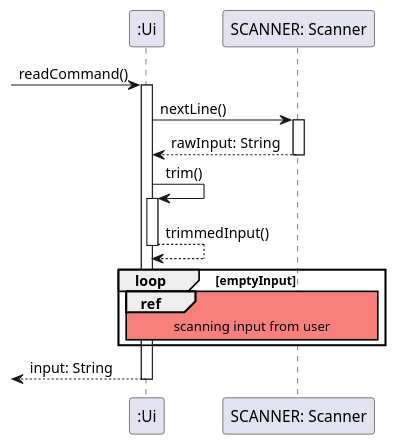
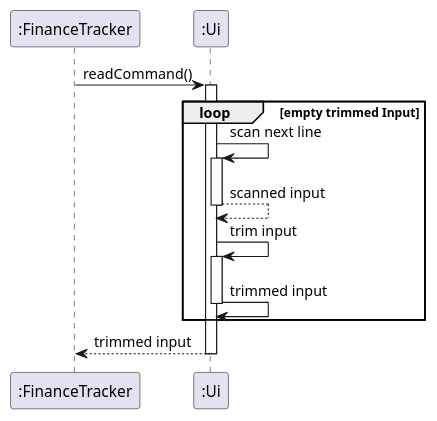
The diagram in docs/diagrams/Ui_readCommandSequence.puml (thienkimtranhoang/tp), drawn with PlantUML before and after one commit. The commit also changed 5 other files, not shown here.

Commit message:
update sequence diagram for command class, ui

```diff
--- a/docs/diagrams/Ui_readCommandSequence.puml
+++ b/docs/diagrams/Ui_readCommandSequence.puml
@@ -1,19 +1,15 @@
 @startuml
 ''https://plantuml.com/sequence-diagram
 skinparam sequenceReferenceBackgroundColor #f7807c
+participant ":FinanceTracker" as FinanceTracker
 participant ":Ui" as ui
-participant "SCANNER: Scanner" as scanner
 
-
--> ui ++: readCommand()
-ui -> scanner ++: nextLine()
-ui <-- scanner --: rawInput: String
-ui -> ui ++: trim()
-ui --> ui --: trimmedInput()
-loop emptyInput
-    ref over ui, scanner
-        scanning input from user
-    end ref
+FinanceTracker -> ui ++: readCommand()
+loop empty trimmed Input
+    ui -> ui ++: scan next line
+    ui --> ui --: scanned input
+    ui -> ui ++: trim input
+    ui -> ui --: trimmed input
 end
-<-- ui --: input: String
+FinanceTracker <-- ui --: trimmed input
 @enduml
```
